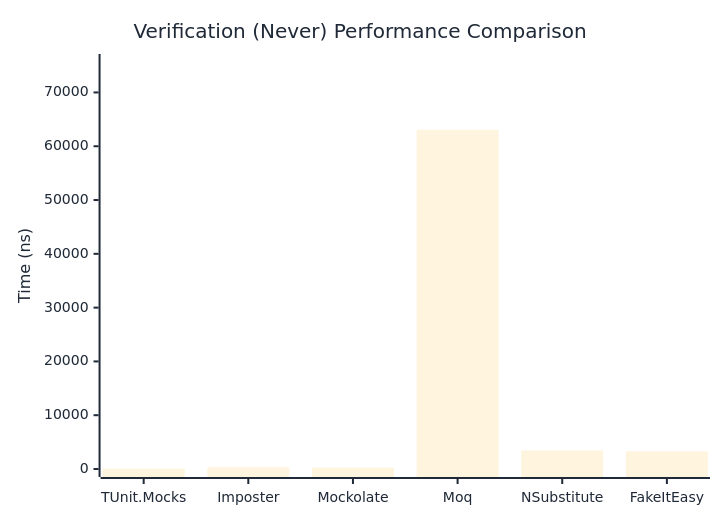
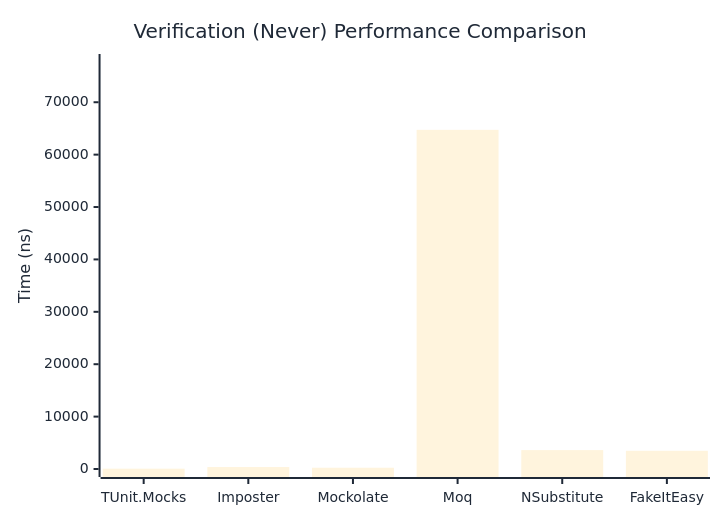
The second of 3 diagrams in docs/docs/benchmarks/mocks/Verification.md (thomhurst/TUnit), drawn with Mermaid before and after one commit. The commit also changed other lines of this file and 14 other files, not shown here.

````diff
--- a/docs/docs/benchmarks/mocks/Verification.md
+++ b/docs/docs/benchmarks/mocks/Verification.md
@@ -69,27 +69,27 @@
 ```mermaid
 %%{init: {
   'theme':'base',
   'themeVariables': {
     'primaryColor': '#2563eb',
     'primaryTextColor': '#1f2937',
     'primaryBorderColor': '#1e40af',
     'lineColor': '#6b7280',
     'secondaryColor': '#7c3aed',
     'tertiaryColor': '#dc2626',
     'background': '#ffffff',
     'pie1': '#2563eb',
     'pie2': '#7c3aed',
     'pie3': '#dc2626',
     'pie4': '#f59e0b',
     'pie5': '#10b981',
     'pie6': '#06b6d4',
     'pie7': '#ec4899',
     'pie8': '#6366f1'
   }
 }}%%
 xychart-beta
   title "Verification (Never) Performance Comparison"
   x-axis ["TUnit.Mocks", "Imposter", "Mockolate", "Moq", "NSubstitute", "FakeItEasy"]
-  y-axis "Time (ns)" 0 --> 75660
-  bar [65.63, 322, 252.16, 63049.5, 3449.61, 3271.38]
+  y-axis "Time (ns)" 0 --> 77680
+  bar [60.27, 372, 242.41, 64732.95, 3604.65, 3473.55]
 ```
````
